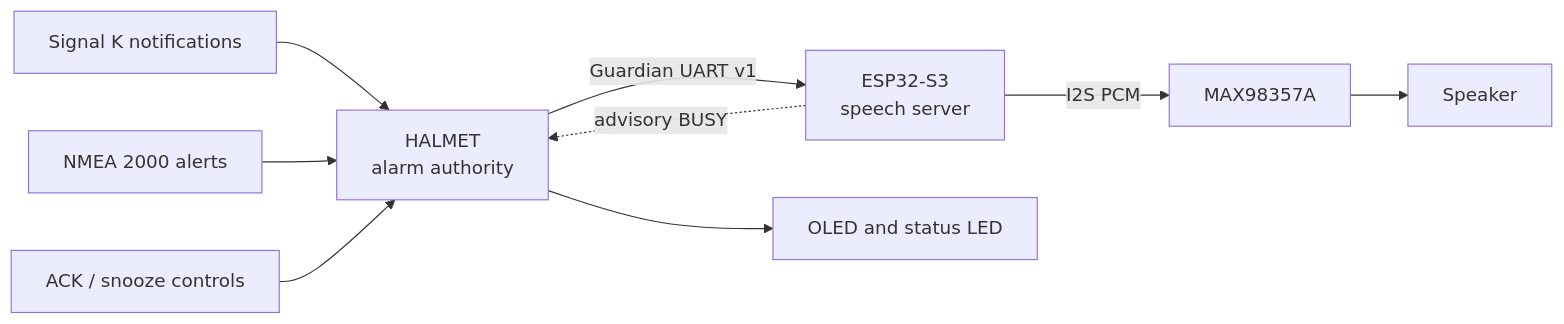
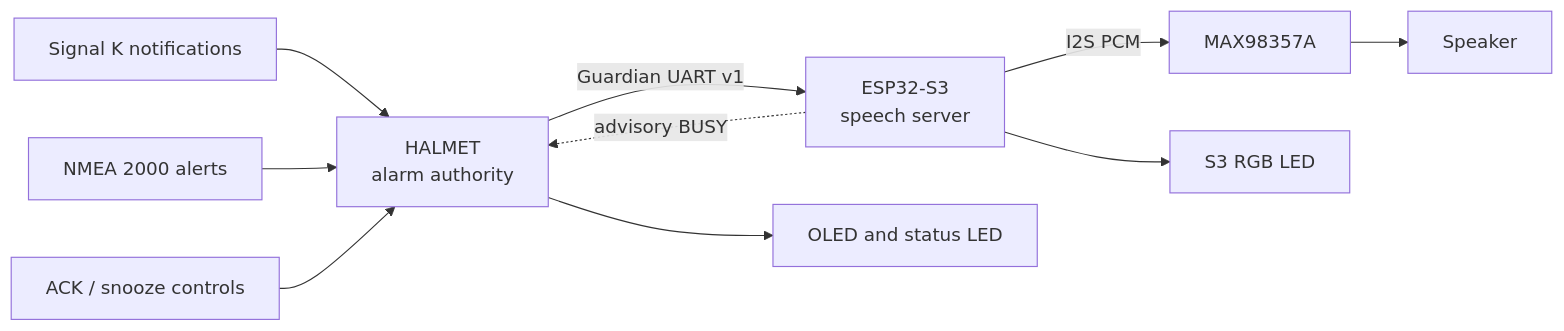
Before and after one commit to OpenFairWind/HALMET-S3-Outlook-Guardian: the diagram in docs/index.md, drawn with Mermaid. The commit also changed other lines of this file and 19 other files, not shown here.

````diff
--- a/docs/index.md
+++ b/docs/index.md
@@ -27,11 +27,12 @@
 ```mermaid
 flowchart LR
   SK[Signal K notifications] --> H
   N2K[NMEA 2000 alerts] --> H
   UI[ACK / snooze controls] --> H
   H[HALMET\nalarm authority] -->|Guardian UART v1| S[ESP32-S3\nspeech server]
   S -->|I2S PCM| A[MAX98357A]
   A --> SPK[Speaker]
+  S --> L[S3 RGB LED]
   S -. advisory BUSY .-> H
   H --> D[OLED and status LED]
 ```
````
